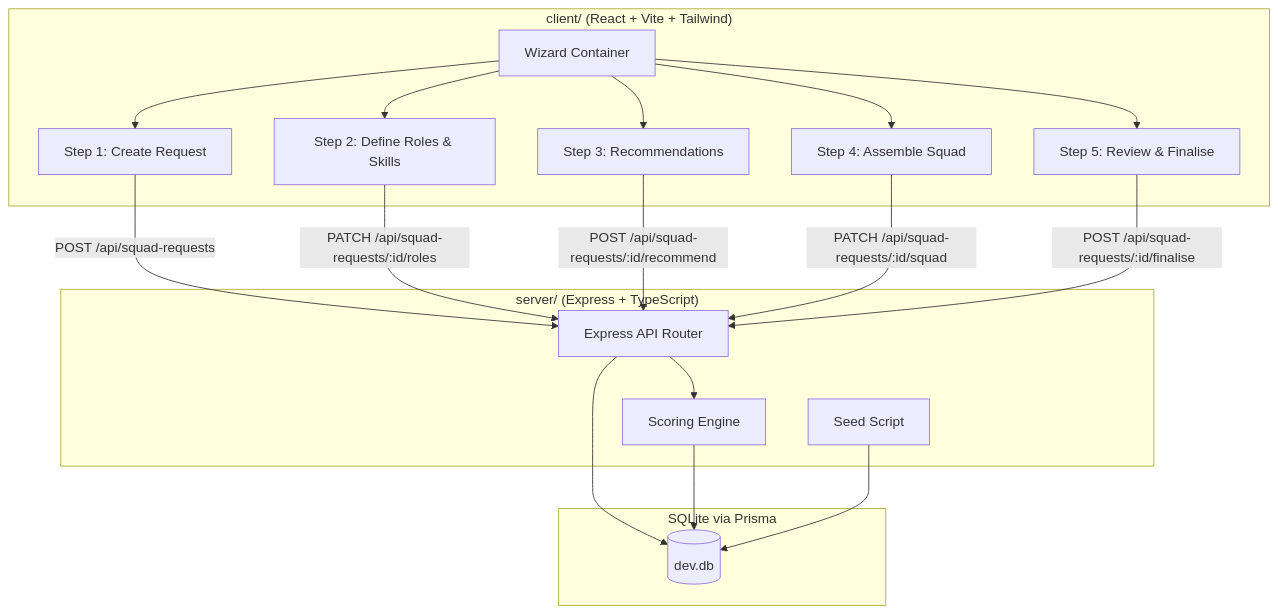
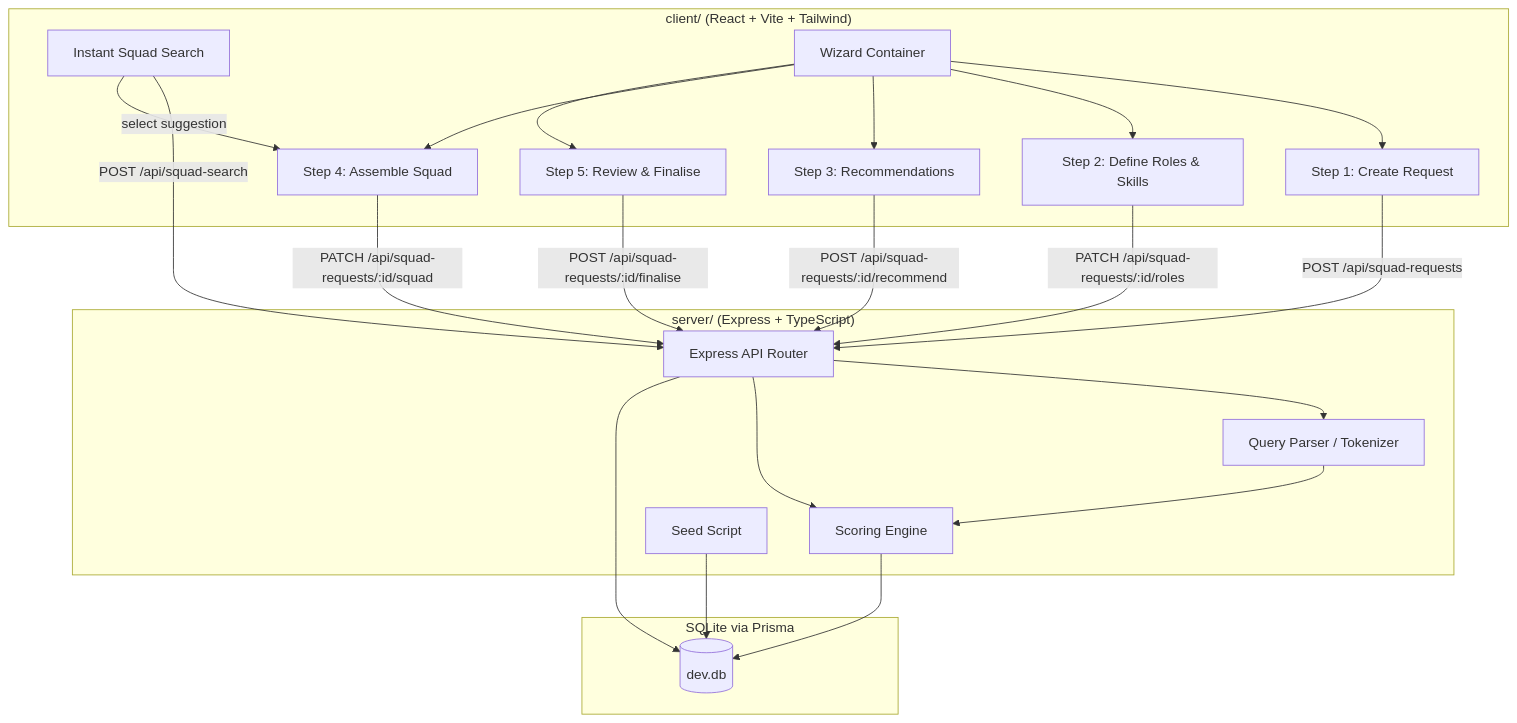
Before and after one commit to seanvdwqt/node-conf-starter: the first of 3 diagrams in .kiro/specs/rapid-squad-assembly/design.md, drawn with Mermaid. The commit also changed other lines of this file and 2 other files, not shown here.

First line of the commit message:
feat(rapid-squad-assembly): Expand design spec with instant search and enhanced data models

````diff
--- a/.kiro/specs/rapid-squad-assembly/design.md
+++ b/.kiro/specs/rapid-squad-assembly/design.md
@@ -25,32 +25,38 @@
 ```mermaid
 graph TB
     subgraph Client ["client/ (React + Vite + Tailwind)"]
+        Search[Instant Squad Search]
         Wizard[Wizard Container]
         Step1[Step 1: Create Request]
         Step2[Step 2: Define Roles & Skills]
         Step3[Step 3: Recommendations]
         Step4[Step 4: Assemble Squad]
         Step5[Step 5: Review & Finalise]
     end
 
     subgraph Server ["server/ (Express + TypeScript)"]
         API[Express API Router]
+        QueryParser[Query Parser / Tokenizer]
         ScoringEngine[Scoring Engine]
         SeedScript[Seed Script]
     end
 
     subgraph Database ["SQLite via Prisma"]
         DB[(dev.db)]
     end
 
+    Search -- "POST /api/squad-search" --> API
+    API --> QueryParser
+    QueryParser --> ScoringEngine
+    Search -- "select suggestion" --> Step4
     Wizard --> Step1 & Step2 & Step3 & Step4 & Step5
     Step1 -- "POST /api/squad-requests" --> API
     Step2 -- "PATCH /api/squad-requests/:id/roles" --> API
     Step3 -- "POST /api/squad-requests/:id/recommend" --> API
     Step4 -- "PATCH /api/squad-requests/:id/squad" --> API
     Step5 -- "POST /api/squad-requests/:id/finalise" --> API
     API --> ScoringEngine
     API --> DB
     ScoringEngine --> DB
     SeedScript --> DB
 ```
````
